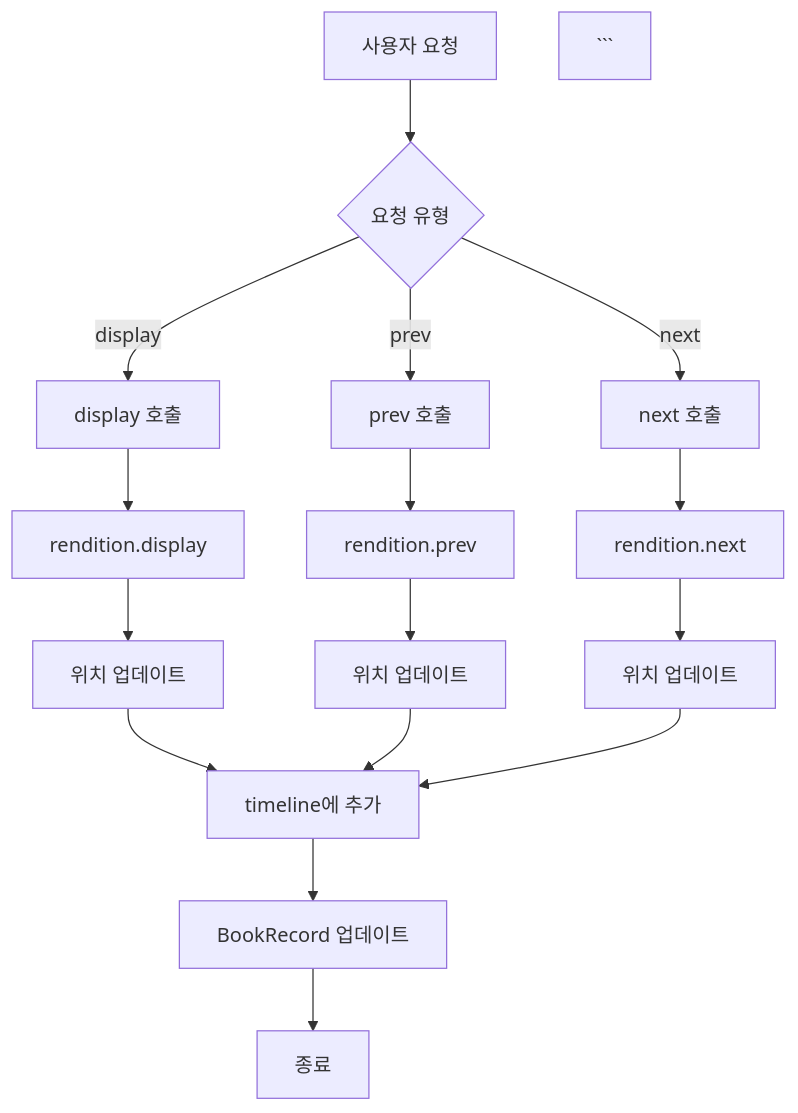
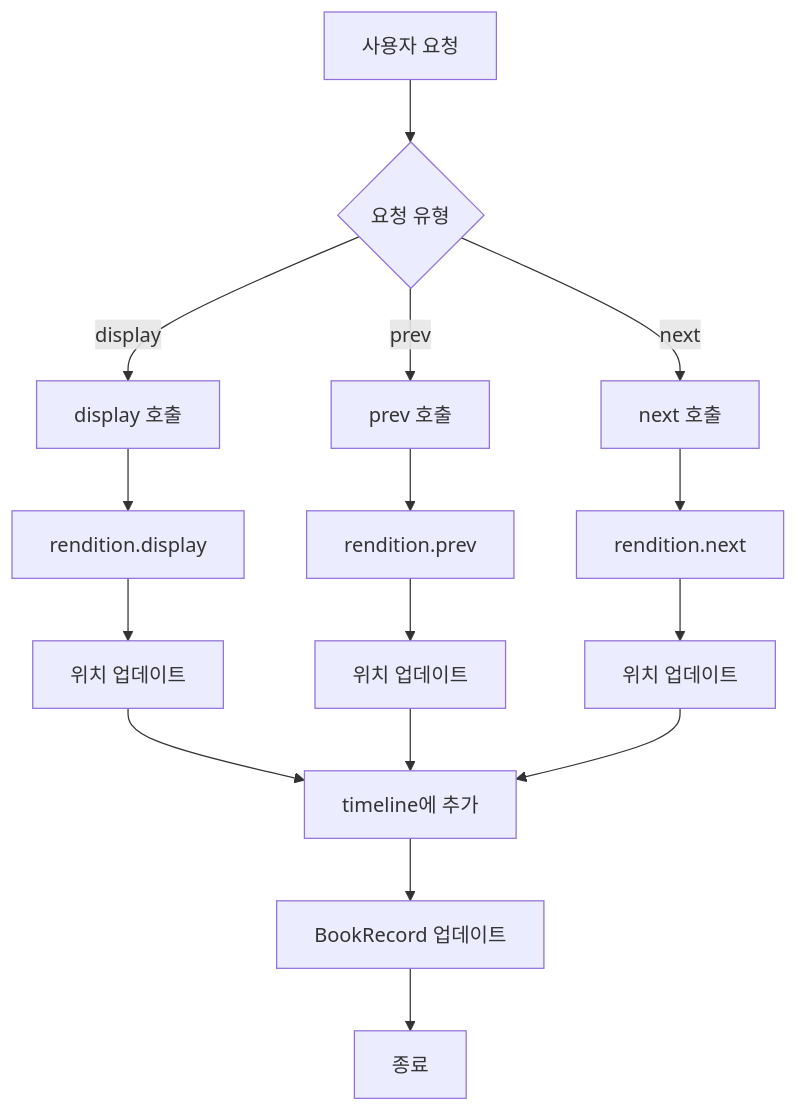
The third of 4 diagrams in deep-dive/reader/bookTab.md (Bookiwi-hub/flow), drawn with Mermaid before and after one commit. The commit also changed other lines of this file, not shown here.

`````diff
--- a/deep-dive/reader/bookTab.md
+++ b/deep-dive/reader/bookTab.md
@@ -64,23 +99,22 @@
-````mermaid
+```mermaid
 flowchart TD
     A[사용자 요청] --> B{요청 유형}
     B -->|display| C[display 호출]
     B -->|prev| D[prev 호출]
     B -->|next| E[next 호출]
 
     C --> F[rendition.display]
     D --> G[rendition.prev]
     E --> H[rendition.next]
 
     F --> I[위치 업데이트]
     G --> J[위치 업데이트]
     H --> K[위치 업데이트]
 
     I --> L[timeline에 추가]
     J --> L
     K --> L
 
     L --> M[BookRecord 업데이트]
     M --> N[종료]
-    ```
-````
+```
`````
